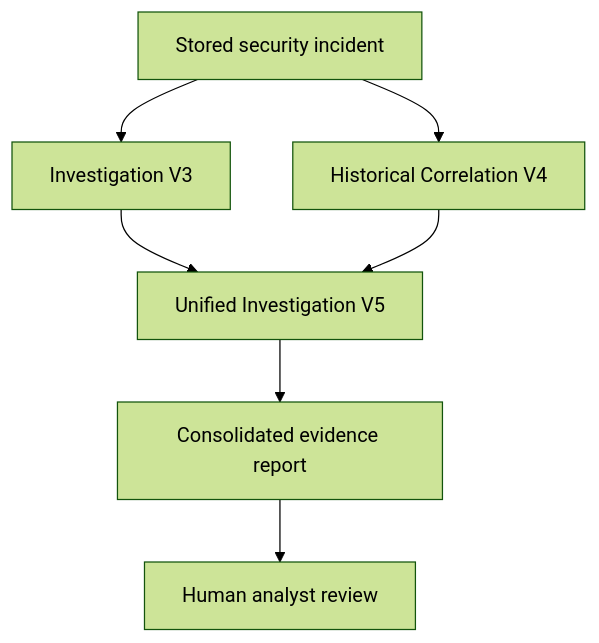
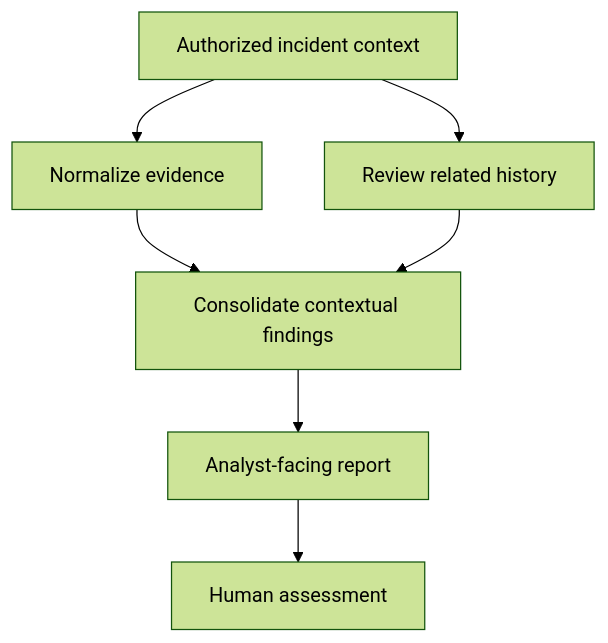
Before and after one commit to danilovida/SOC-CORE: the diagram in docs/soar-investigation-v1-v5.md, drawn with Mermaid (forest theme). The commit also changed other lines of this file, not shown here.

Commit message:
docs(security): sanitize SOAR execution details and validation status

````diff
--- a/docs/soar-investigation-v1-v5.md
+++ b/docs/soar-investigation-v1-v5.md
@@ -24,9 +21,9 @@
 ```mermaid
 flowchart TD
-    A[Stored security incident] --> B[Investigation V3]
-    A --> C[Historical Correlation V4]
-    B --> D[Unified Investigation V5]
+    A[Authorized incident context] --> B[Normalize evidence]
+    A --> C[Review related history]
+    B --> D[Consolidate contextual findings]
     C --> D
-    D --> E[Consolidated evidence report]
-    E --> F[Human analyst review]
+    D --> E[Analyst-facing report]
+    E --> F[Human assessment]
 ```
````
